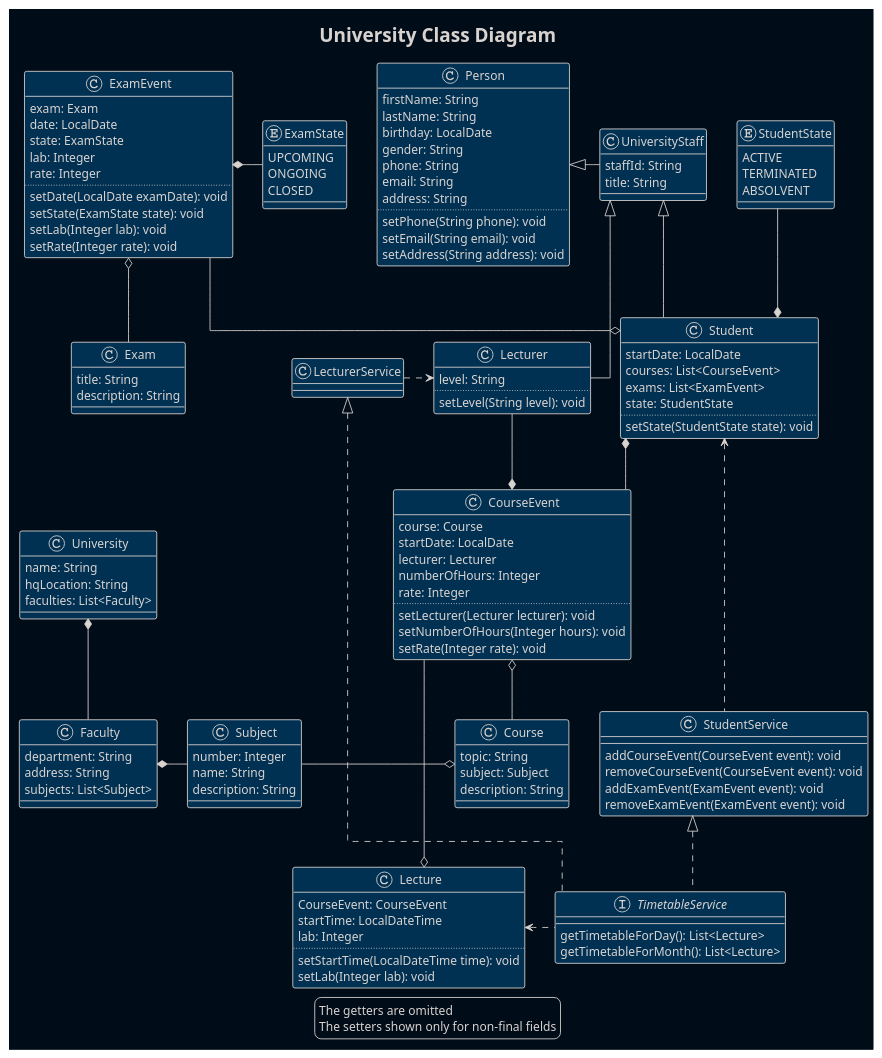
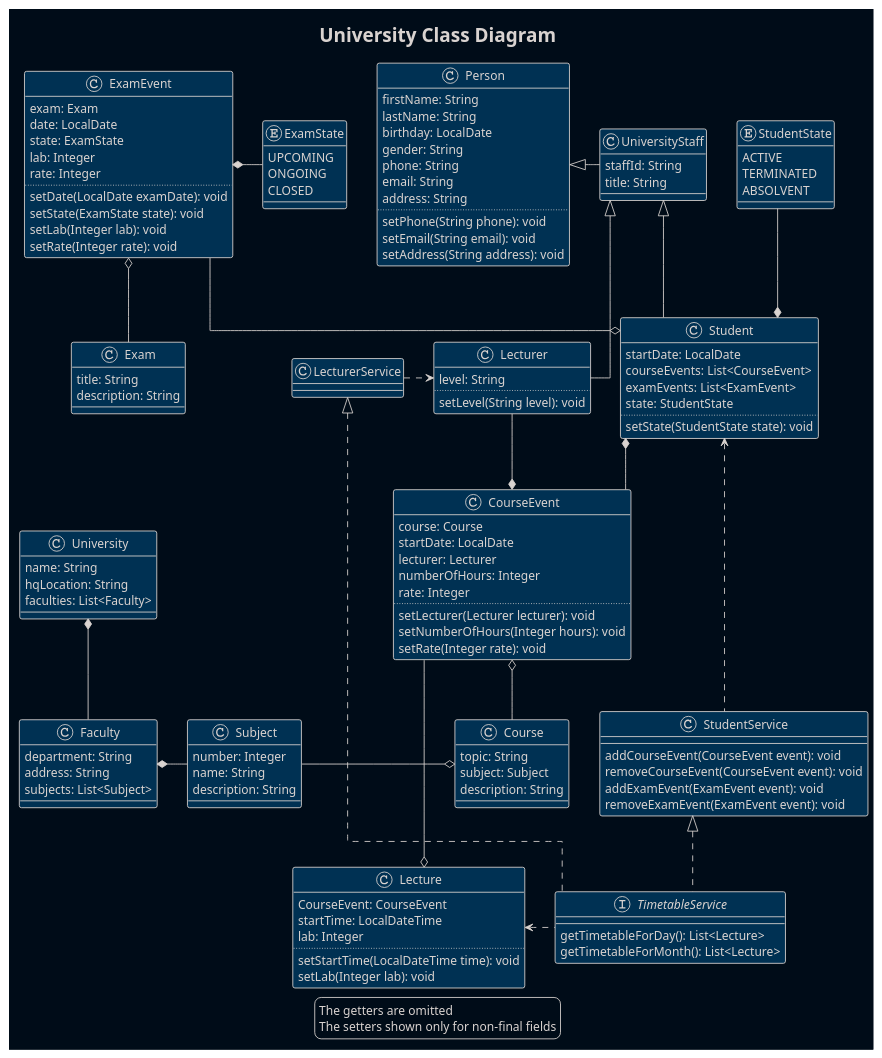
Before and after one commit to RomaEcho/University: the diagram in src/main/resources/diagrams/University.puml, drawn with PlantUML. The commit also changed 6 other files, not shown here.

```diff
--- a/src/main/resources/diagrams/University.puml
+++ b/src/main/resources/diagrams/University.puml
@@ -1,141 +1,141 @@
 @startuml
 '!theme plain
 !theme blueprint
 skinparam BackgroundColor #000c18
 'skinparam ClassBackgroundColor #000c18
 skinparam linetype ortho
 
 title University Class Diagram
 class Person{
     firstName: String
     lastName: String
     birthday: LocalDate
     gender: String
     phone: String
     email: String
     address: String
     ..
     setPhone(String phone): void
     setEmail(String email): void
     setAddress(String address): void
 }
 class Student{
     startDate: LocalDate
-    courses: List<CourseEvent>
-    exams: List<ExamEvent>
+    courseEvents: List<CourseEvent>
+    examEvents: List<ExamEvent>
     state: StudentState
     ..
     setState(StudentState state): void
 }
 enum StudentState{
     ACTIVE
     TERMINATED
     ABSOLVENT
 }
 class UniversityStaff{
     staffId: String
     title: String
 }
 class Subject{
     number: Integer
     name: String
     description: String
 }
 class Course{
     topic: String
     subject: Subject
     description: String
 }
 class CourseEvent{
     course: Course
     startDate: LocalDate
     lecturer: Lecturer
     numberOfHours: Integer
     rate: Integer
     ..
     setLecturer(Lecturer lecturer): void
     setNumberOfHours(Integer hours): void
     setRate(Integer rate): void
 }
 class Lecturer{
     level: String
     ..
     setLevel(String level): void
 }
 class Exam{
     title: String
     description: String
 }
 class ExamEvent{
     exam: Exam
     date: LocalDate
     state: ExamState
     lab: Integer
     rate: Integer
     ..
     setDate(LocalDate examDate): void
     setState(ExamState state): void
     setLab(Integer lab): void
     setRate(Integer rate): void
 }
 enum ExamState{
     UPCOMING
     ONGOING
     CLOSED
 }
 class Faculty{
     department: String
     address: String
     subjects: List<Subject>
 }
 class University {
     name: String
     hqLocation: String
     faculties: List<Faculty>
 }
 class Lecture{
     CourseEvent: CourseEvent
     startTime: LocalDateTime
     lab: Integer
     ..
     setStartTime(LocalDateTime time): void
     setLab(Integer lab): void
 }
 interface TimetableService{
     getTimetableForDay(): List<Lecture>
     getTimetableForMonth(): List<Lecture>
 }
 class StudentService {
     addCourseEvent(CourseEvent event): void
     removeCourseEvent(CourseEvent event): void
     addExamEvent(ExamEvent event): void
     removeExamEvent(ExamEvent event): void
 }
 class LecturerService
 
 Person <|-right- UniversityStaff
 UniversityStaff <|-- Student
 UniversityStaff <|-- Lecturer
 Student *-up- StudentState
 Student *-- CourseEvent
 CourseEvent *-up- Lecturer
 Student o-up- ExamEvent
 ExamEvent o-- Exam
 ExamEvent *-right- ExamState
 CourseEvent o-- Course
 Course o-left- Subject
 Faculty *- Subject
 University *-- Faculty
 Student <... StudentService
 StudentService <|.. TimetableService
 LecturerService <|.. TimetableService
 LecturerService .> Lecturer
 TimetableService .left.> Lecture
 CourseEvent --o Lecture
 
 legend
     The getters are omitted
     The setters shown only for non-final fields
 endlegend
 
 @enduml
```
